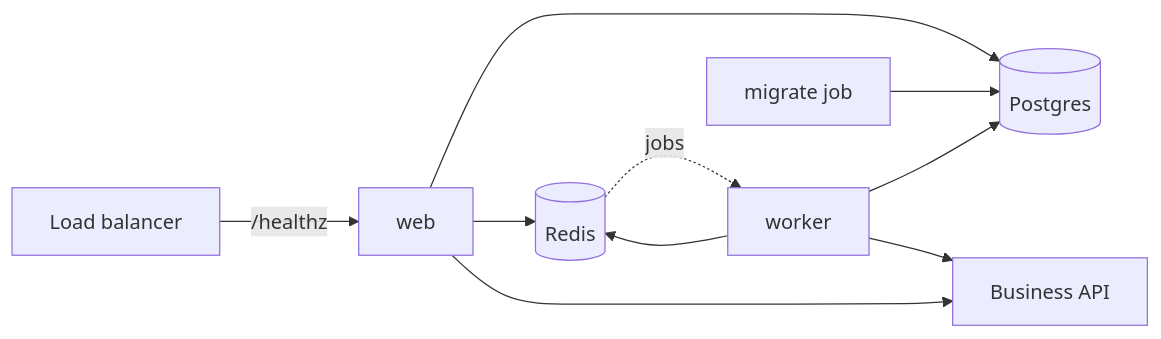
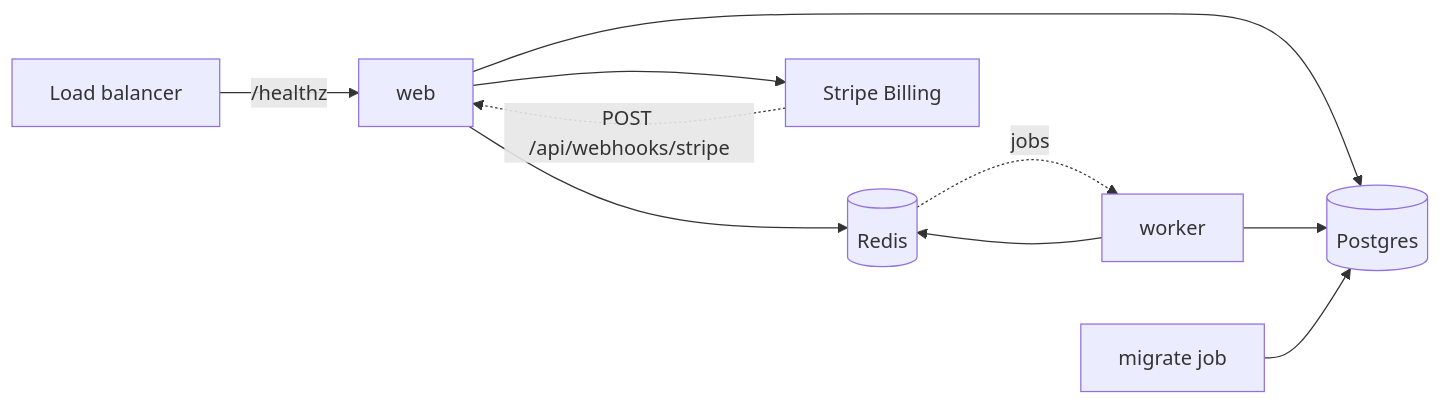
The diagram in docs/10-deployment/README.md (prawesh-12/kora), drawn with Mermaid before and after one commit. The commit also changed other lines of this file and 20 other files, not shown here.

````diff
--- a/docs/10-deployment/README.md
+++ b/docs/10-deployment/README.md
@@ -26,12 +31,12 @@
 ```mermaid
 flowchart LR
   lb[Load balancer] -->|/healthz| web[web]
   web --> pg[(Postgres)]
   web --> redis[(Redis)]
-  web --> acme[Business API]
+  web --> stripe[Stripe Billing]
+  stripe -.->|"POST /api/webhooks/stripe"| web
   worker[worker] --> pg
   worker --> redis
-  worker --> acme
   redis -.->|jobs| worker
   migrate[migrate job] --> pg
 ```
````
